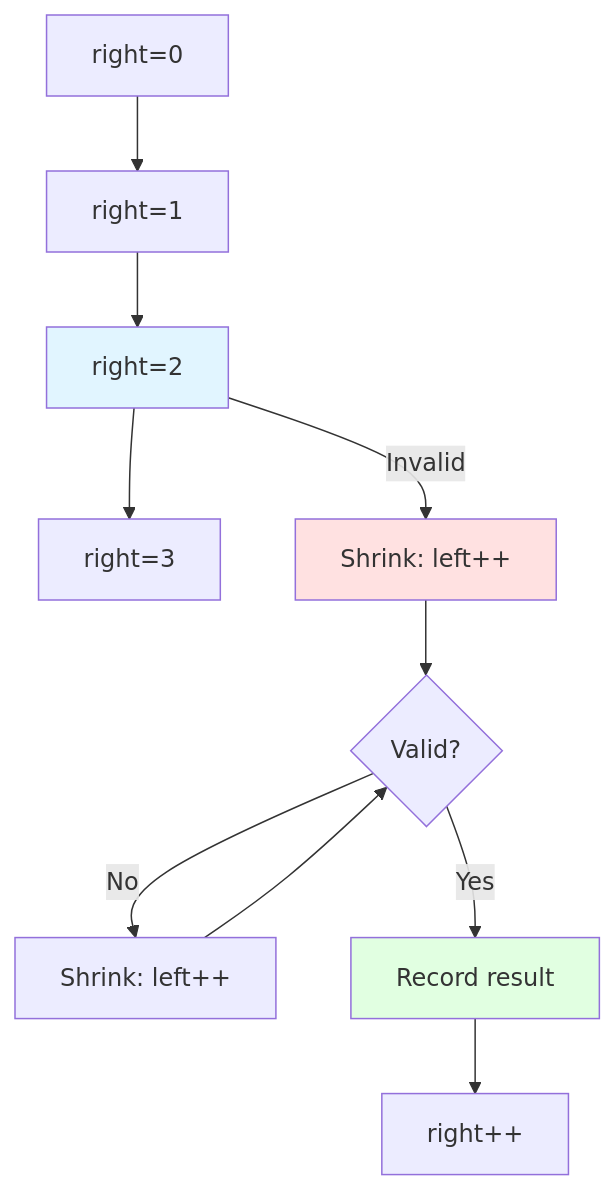
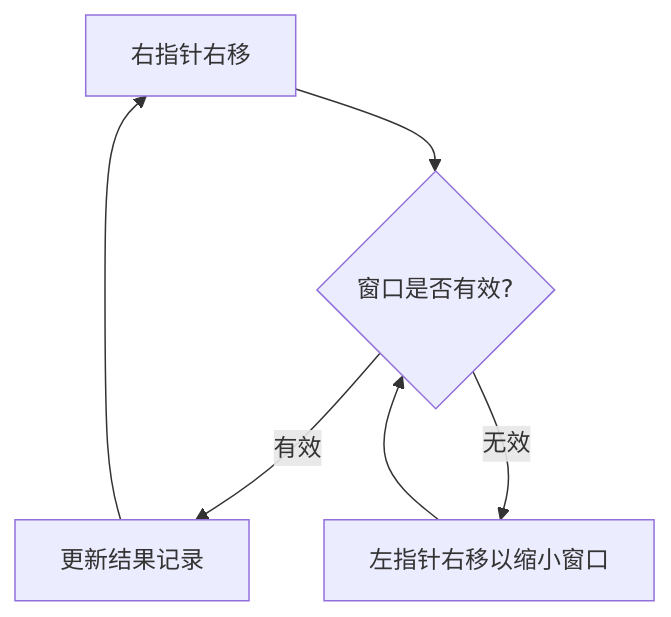
One commit to YiWang24/AiDIY changed the diagram in i18n/zh-Hans/docusaurus-plugin-content-docs/current/cs/algorithms/sliding-window.mdx. Above: the diagram before and after it, drawn with Mermaid. The commit also changed other lines of this file and 59 other files, not shown here.

````diff
--- a/i18n/zh-Hans/docusaurus-plugin-content-docs/current/cs/algorithms/sliding-window.mdx
+++ b/i18n/zh-Hans/docusaurus-plugin-content-docs/current/cs/algorithms/sliding-window.mdx
@@ -84,18 +38,8 @@
 ```mermaid
 graph TD
-    A[right=0] --> B[right=1]
-    B --> C[right=2]
-    C --> D[right=3]
-
-    C -->|"Invalid"| E[Shrink: left++]
-    E --> F{Valid?}
-    F -->|"No"| G[Shrink: left++]
-    F -->|"Yes"| H[Record result]
-
-    G --> F
-    H --> I[right++]
-
-    style C fill:#e1f5ff
-    style E fill:#ffe1e1
-    style H fill:#e1ffe1
+    A[右指针右移] --> B{窗口是否有效?}
+    B -->|有效| C[更新结果记录]
+    B -->|无效| D[左指针右移以缩小窗口]
+    D --> B
+    C --> A
 ```
````
